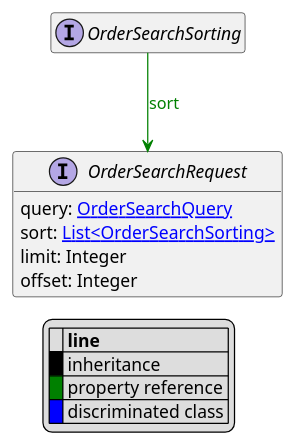
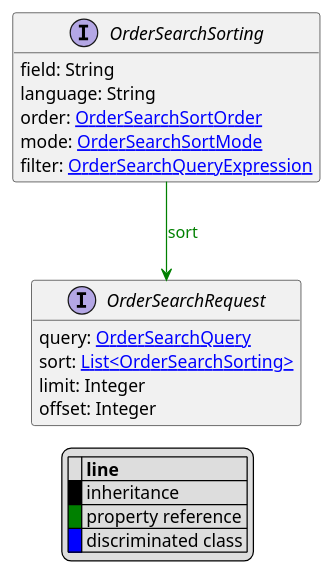
The diagram in uml/api/OrderSearchSorting.puml (commercetools/commercetools-api-reference), drawn with PlantUML before and after one commit. The commit also changed 52 other files, not shown here.

```diff
--- a/uml/api/OrderSearchSorting.puml
+++ b/uml/api/OrderSearchSorting.puml
@@ -1,24 +1,29 @@
 @startuml
 
 hide empty fields
 hide empty methods
 legend
 |= |= line |
 |<back:black>   </back>| inheritance |
 |<back:green>   </back>| property reference |
 |<back:blue>   </back>| discriminated class |
 endlegend
 interface OrderSearchSorting [[OrderSearchSorting.svg]]  {
+    field: String
+    language: String
+    order: [[OrderSearchSortOrder.svg OrderSearchSortOrder]]
+    mode: [[OrderSearchSortMode.svg OrderSearchSortMode]]
+    filter: [[OrderSearchQueryExpression.svg OrderSearchQueryExpression]]
 }
 
 
 
 interface OrderSearchRequest [[OrderSearchRequest.svg]]  {
     query: [[OrderSearchQuery.svg OrderSearchQuery]]
     sort: [[OrderSearchSorting.svg List<OrderSearchSorting>]]
     limit: Integer
     offset: Integer
 }
 
 OrderSearchSorting --> OrderSearchRequest #green;text:green : "sort"
 @enduml
```
